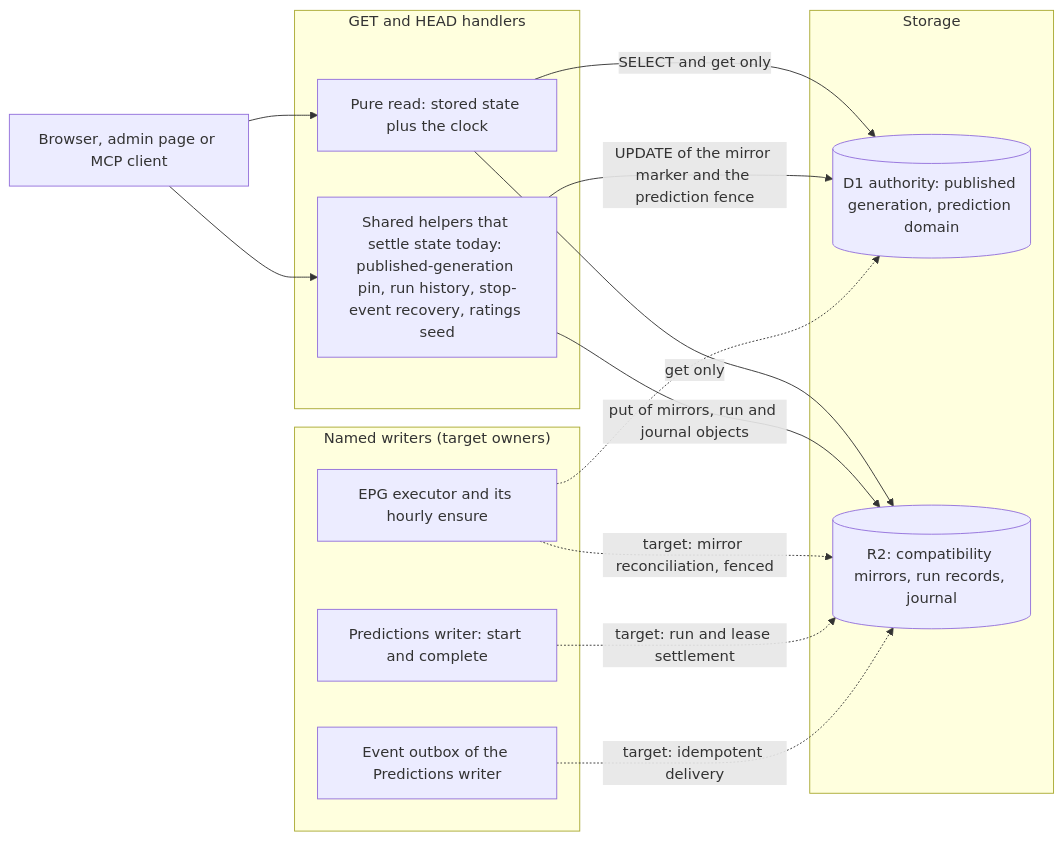
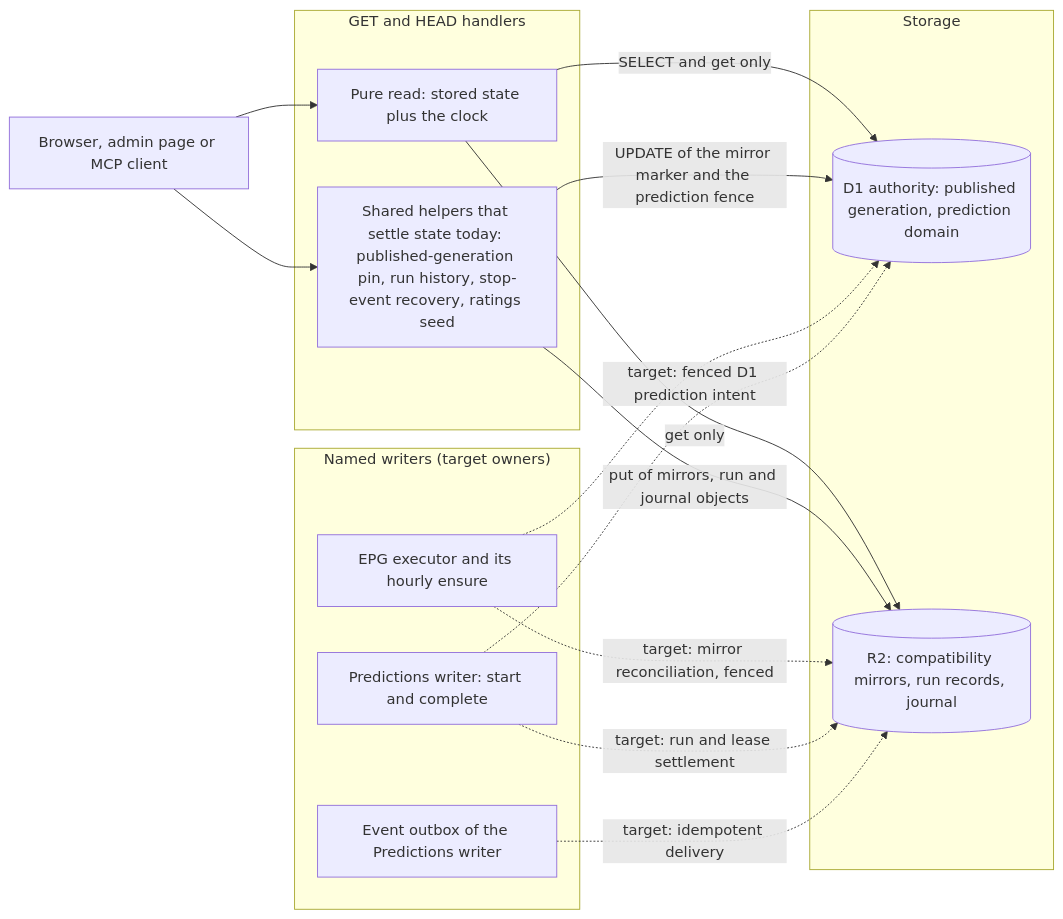
Before and after one commit to vladimino/iptv-watchlist: the diagram in docs/architecture/read-side-effects.md, drawn with Mermaid.

Commit message:
docs(AIR-412): show Predictions writer D1 intent in target diagram

````diff
--- a/docs/architecture/read-side-effects.md
+++ b/docs/architecture/read-side-effects.md
@@ -5,27 +5,28 @@
 ```mermaid
 flowchart LR
     client["Browser, admin page or MCP client"]
     subgraph Read["GET and HEAD handlers"]
         pure["Pure read: stored state plus the clock"]
         helper["Shared helpers that settle state today: published-generation pin, run history, stop-event recovery, ratings seed"]
     end
     subgraph Writers["Named writers (target owners)"]
         epg["EPG executor and its hourly ensure"]
         pred["Predictions writer: start and complete"]
         outbox["Event outbox of the Predictions writer"]
     end
     subgraph Storage["Storage"]
         d1[("D1 authority: published generation, prediction domain")]
         r2[("R2: compatibility mirrors, run records, journal")]
     end
     client --> pure
     client --> helper
     pure -->|"SELECT and get only"| d1
     pure -->|"get only"| r2
     helper -->|"UPDATE of the mirror marker and the prediction fence"| d1
     helper -->|"put of mirrors, run and journal objects"| r2
     epg -.->|"target: mirror reconciliation, fenced"| r2
     epg -.-> d1
     pred -.->|"target: run and lease settlement"| r2
+    pred -.->|"target: fenced D1 prediction intent"| d1
     outbox -.->|"target: idempotent delivery"| r2
 ```
````
